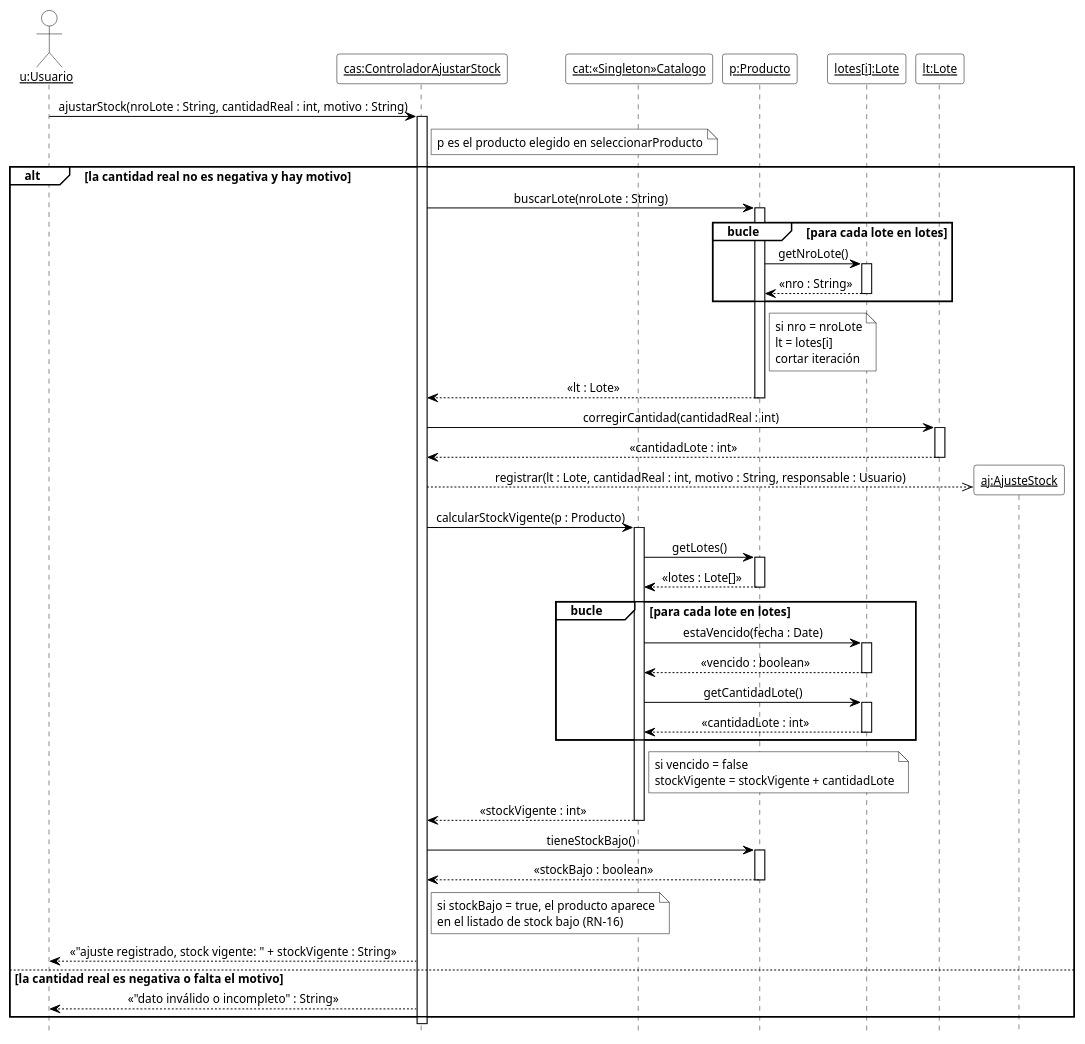
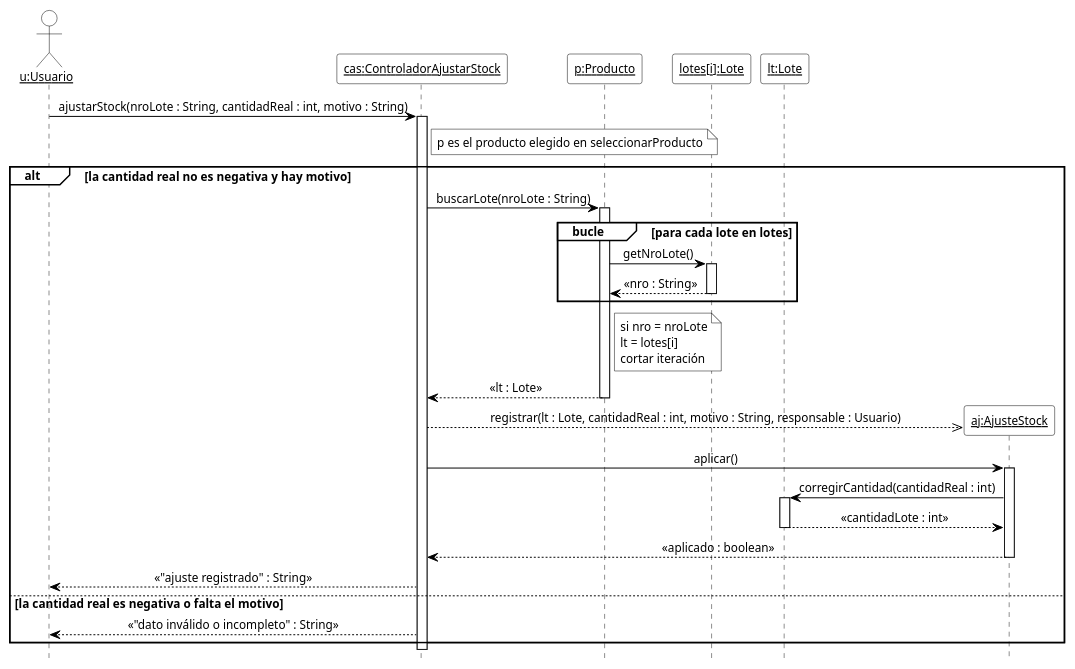
Before and after one commit to cirotop/Stock-Project: the diagram in 08-Diagrama De Secuencia/DSD_CU-06_ajustarStock.puml, drawn with PlantUML. The commit also changed 7 other files, not shown here.

```diff
--- a/08-Diagrama De Secuencia/DSD_CU-06_ajustarStock.puml
+++ b/08-Diagrama De Secuencia/DSD_CU-06_ajustarStock.puml
@@ -1,72 +1,56 @@
 @startuml DSD_CU-06_ajustarStock
 ' Diagrama de Secuencia de Diseño (DSD) - CU-06 Ajustar stock - ajustarStock
 ' Estilo de los ejemplos de la teoría (introducirArticulo / crearNuevaVenta).
 hide footbox
 skinparam shadowing false
 skinparam defaultFontName Arial
 skinparam defaultFontSize 12
 skinparam sequenceMessageAlign center
 skinparam ArrowColor black
 skinparam ParticipantBackgroundColor white
 skinparam ParticipantBorderColor black
 skinparam CollectionsBackgroundColor white
 skinparam CollectionsBorderColor black
 skinparam ActorBackgroundColor white
 skinparam ActorBorderColor black
 skinparam LifeLineBorderColor black
 skinparam LifeLineBackgroundColor white
 skinparam SequenceGroupBackgroundColor white
 skinparam SequenceGroupBorderColor black
 skinparam SequenceGroupHeaderFontColor black
 skinparam NoteBackgroundColor white
 skinparam NoteBorderColor black
 
 actor "<u>u:Usuario</u>" as u
 participant "<u>cas:ControladorAjustarStock</u>" as cas
-participant "<u>cat:«Singleton»Catalogo</u>" as cat
 participant "<u>p:Producto</u>" as p
 participant "<u>lotes[i]:Lote</u>" as li
 participant "<u>lt:Lote</u>" as lt
 
 u -> cas ++ : ajustarStock(nroLote : String, cantidadReal : int, motivo : String)
 note right of cas : p es el producto elegido en seleccionarProducto
 alt la cantidad real no es negativa y hay motivo
   cas -> p ++ : buscarLote(nroLote : String)
   group bucle [para cada lote en lotes]
     p -> li ++ : getNroLote()
     li --> p -- : «nro : String»
   end
   note right of p
     si nro = nroLote
     lt = lotes[i]
     cortar iteración
   end note
   p --> cas -- : «lt : Lote»
-  cas -> lt ++ : corregirCantidad(cantidadReal : int)
-  lt --> cas -- : «cantidadLote : int»
   create participant "<u>aj:AjusteStock</u>" as aj
   cas -->> aj : registrar(lt : Lote, cantidadReal : int, motivo : String, responsable : Usuario)
-  cas -> cat ++ : calcularStockVigente(p : Producto)
-  cat -> p ++ : getLotes()
-  p --> cat -- : «lotes : Lote[]»
-  group bucle [para cada lote en lotes]
-    cat -> li ++ : estaVencido(fecha : Date)
-    li --> cat -- : «vencido : boolean»
-    cat -> li ++ : getCantidadLote()
-    li --> cat -- : «cantidadLote : int»
-  end
-  note right of cat
-    si vencido = false
-    stockVigente = stockVigente + cantidadLote
-  end note
-  cat --> cas -- : «stockVigente : int»
-  cas -> p ++ : tieneStockBajo()
-  p --> cas -- : «stockBajo : boolean»
-  note right of cas : si stockBajo = true, el producto aparece\nen el listado de stock bajo (RN-16)
-  cas --> u : «"ajuste registrado, stock vigente: " + stockVigente : String»
+  cas -> aj ++ : aplicar()
+  aj -> lt ++ : corregirCantidad(cantidadReal : int)
+  lt --> aj -- : «cantidadLote : int»
+  aj --> cas -- : «aplicado : boolean»
+  cas --> u : «"ajuste registrado" : String»
 else la cantidad real es negativa o falta el motivo
   cas --> u : «"dato inválido o incompleto" : String»
 end
 deactivate cas
 
 @enduml
```
